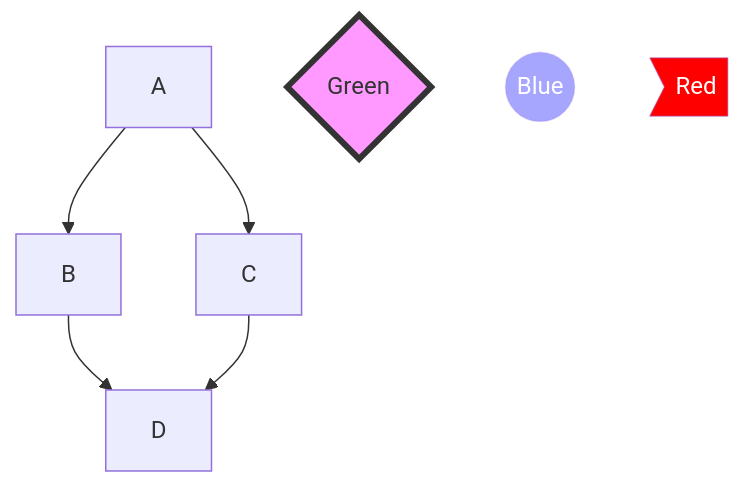
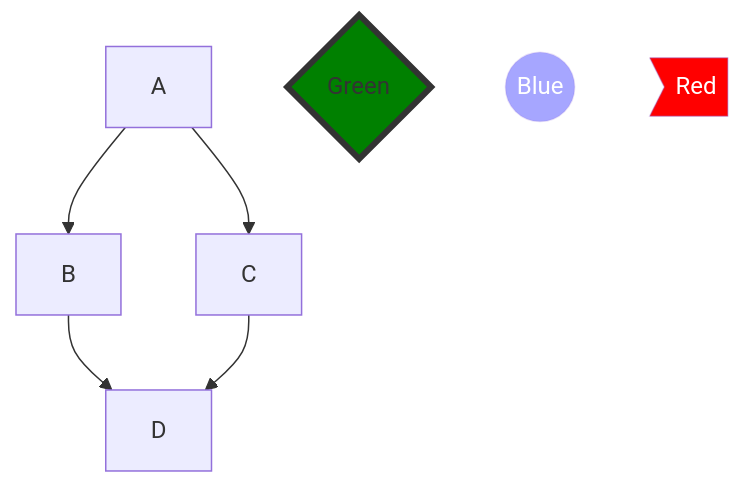
One commit to danielurra/mermaid changed the diagram in README.md. Above: the diagram before and after it, drawn with Mermaid.

````diff
--- a/README.md
+++ b/README.md
@@ -8,15 +8,15 @@
 ```mermaid
   graph TD;
       A-->B;
       A-->C;
       B-->D;
       C-->D;
       st{Green};
       good((Blue));
       en>Red];
       style en fill:red,fill-opacity:1,color:#FFFFFF,stroke-opacity:0.2;
       style good fill:blue,fill-opacity:0.35,color:#FFFFFF,stroke-opacity:0.2;
-      style st fill:#f9f,stroke:#333,stroke-width:4px;
+      style st fill:#008000,stroke:#333,stroke-width:4px;
       
       
 ```
````
